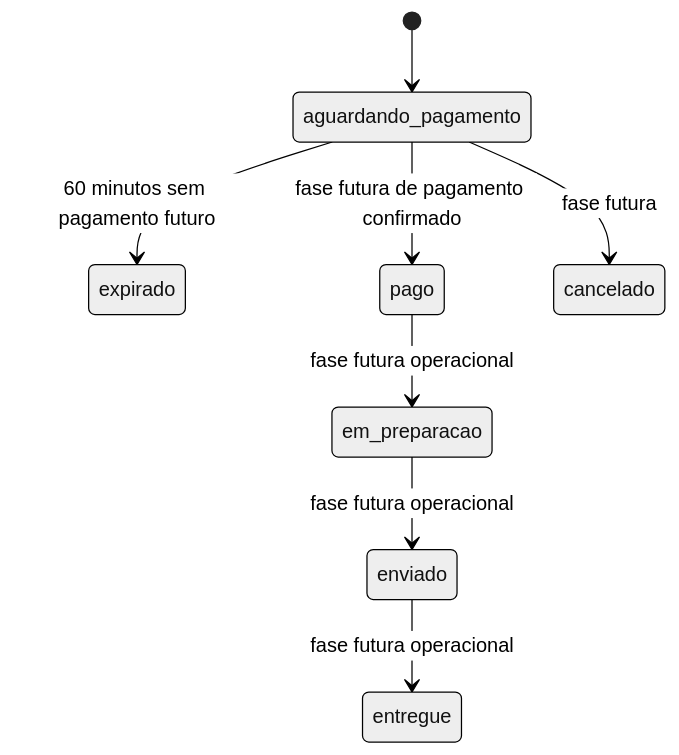
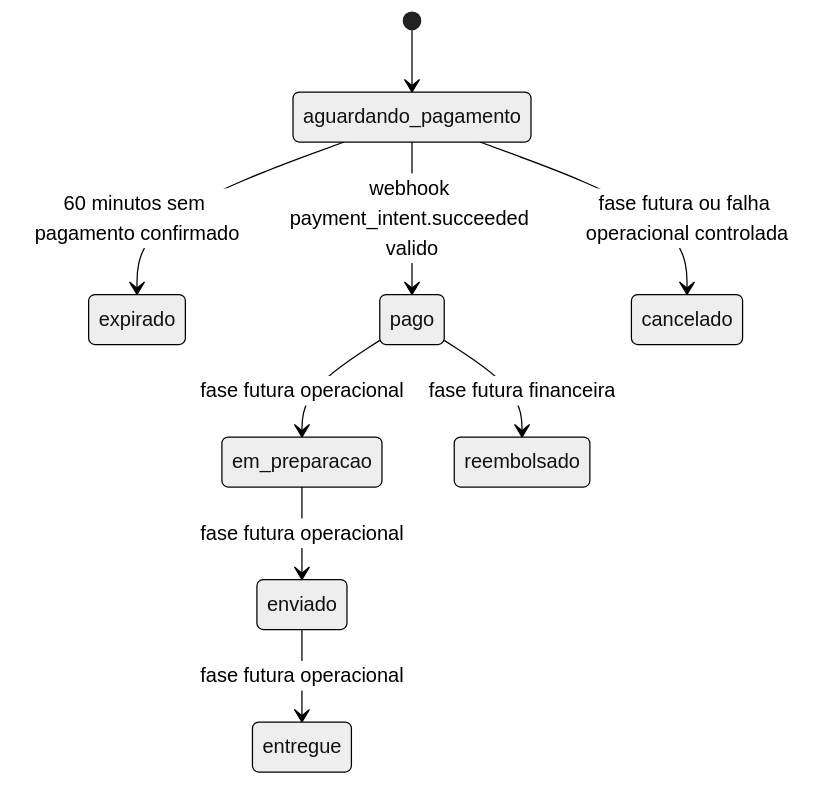
The third of 9 diagrams in _reversa_sdd/state-machines.md (Ald3b4r4n/triadenext), drawn with Mermaid (neutral theme) before and after one commit. The commit also changed other lines of this file and 9 other files, not shown here.

````diff
--- a/_reversa_sdd/state-machines.md
+++ b/_reversa_sdd/state-machines.md
@@ -66,10 +55,11 @@
 ```mermaid
 stateDiagram-v2
   [*] --> aguardando_pagamento
-  aguardando_pagamento --> expirado: 60 minutos sem pagamento futuro
-  aguardando_pagamento --> pago: fase futura de pagamento confirmado
+  aguardando_pagamento --> expirado: 60 minutos sem pagamento confirmado
+  aguardando_pagamento --> pago: webhook payment_intent.succeeded valido
+  aguardando_pagamento --> cancelado: fase futura ou falha operacional controlada
   pago --> em_preparacao: fase futura operacional
   em_preparacao --> enviado: fase futura operacional
   enviado --> entregue: fase futura operacional
-  aguardando_pagamento --> cancelado: fase futura
+  pago --> reembolsado: fase futura financeira
 ```
````
